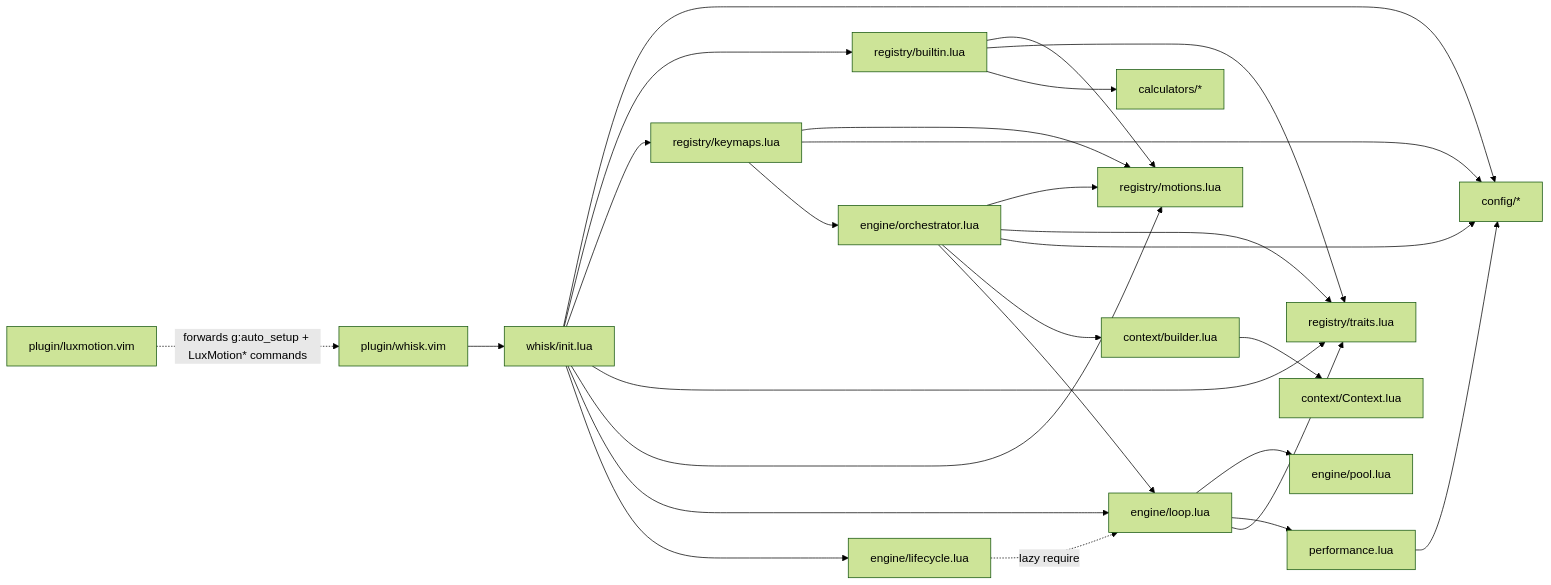
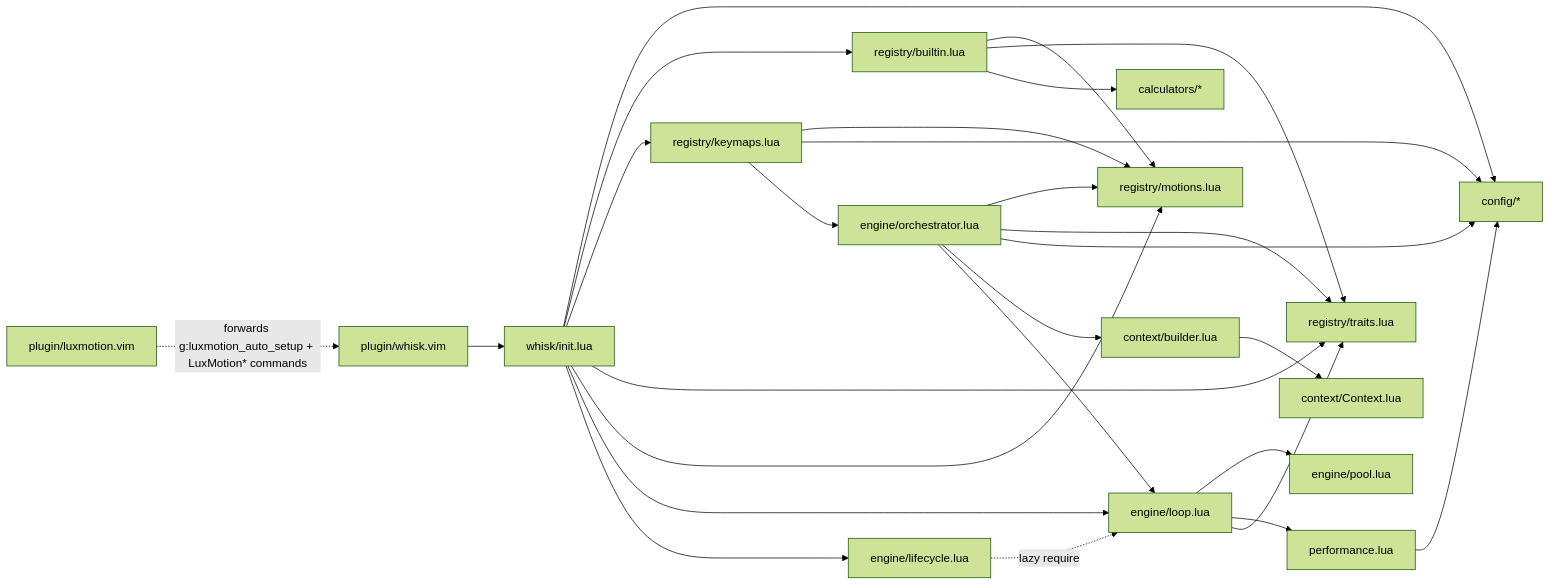
One commit to josstei/whisk.nvim changed the second of 2 diagrams in docs/ARCHITECTURE.md. Above: the diagram before and after it, drawn with Mermaid (forest theme). The commit also changed other lines of this file and 1 other file, not shown here.

````diff
--- a/docs/ARCHITECTURE.md
+++ b/docs/ARCHITECTURE.md
@@ -99,32 +99,32 @@
 ```mermaid
 flowchart LR
-  shim[plugin/luxmotion.vim] -.->|forwards g:auto_setup + LuxMotion* commands| plugin[plugin/whisk.vim]
+  shim[plugin/luxmotion.vim] -.->|forwards g:luxmotion_auto_setup + LuxMotion* commands| plugin[plugin/whisk.vim]
   plugin --> init[whisk/init.lua]
   init --> config[config/*]
   init --> builtin[registry/builtin.lua]
   init --> keymaps_reg[registry/keymaps.lua]
   init --> traits_reg[registry/traits.lua]
   init --> motions[registry/motions.lua]
   init --> loop[engine/loop.lua]
   init --> lifecycle[engine/lifecycle.lua]
 
   builtin --> motions
   builtin --> traits_reg
   builtin --> calcs[calculators/*]
 
   keymaps_reg --> motions
   keymaps_reg --> config
   keymaps_reg --> orch[engine/orchestrator.lua]
   orch --> motions
   orch --> traits_reg
   orch --> config
   orch --> builder[context/builder.lua]
   orch --> loop
 
   builder --> ctx[context/Context.lua]
   loop --> pool[engine/pool.lua]
   loop --> perf[performance.lua]
   loop --> traits_reg
   perf --> config
   lifecycle -.->|lazy require| loop
 ```
````
